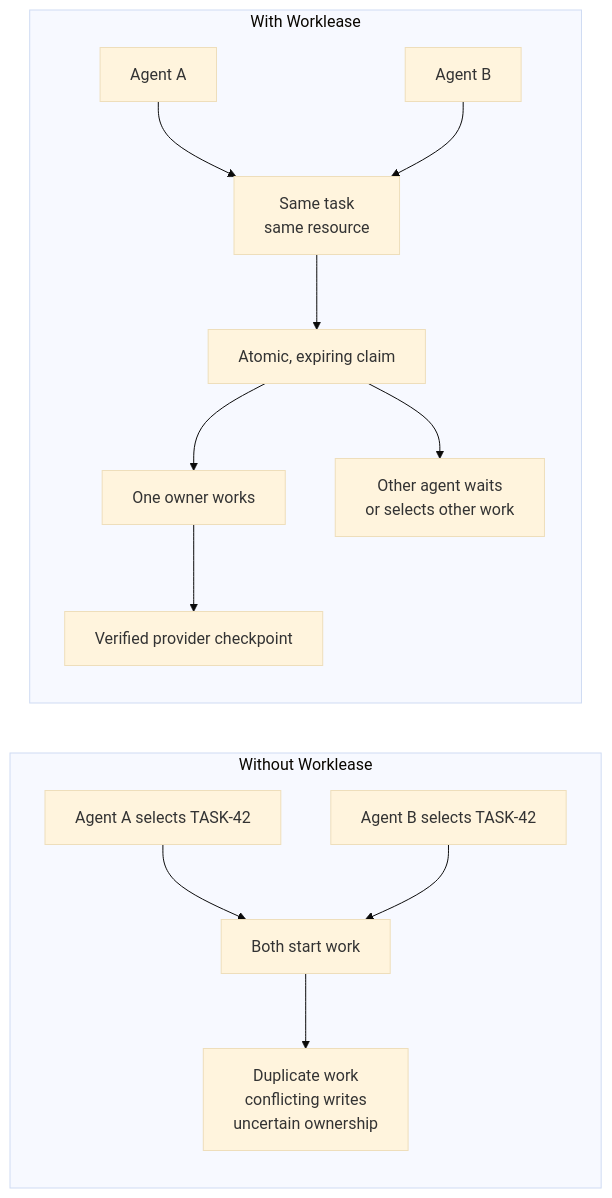
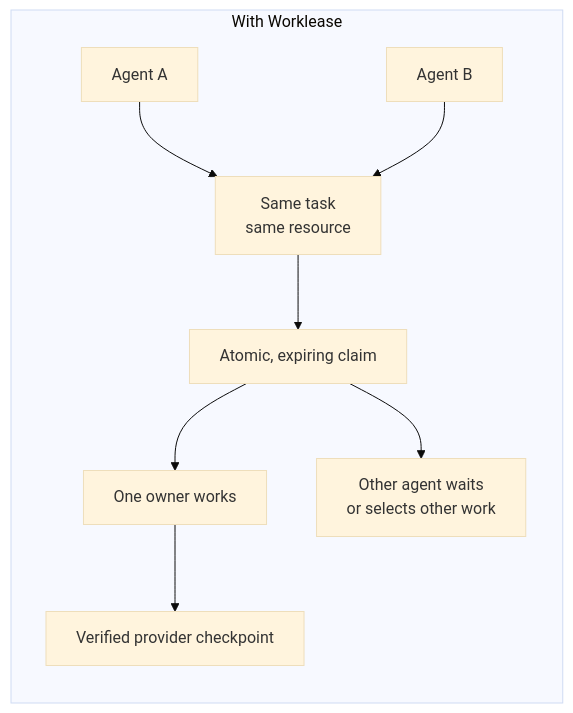
The second of 2 diagrams in README.md (brettinternet/worklease), drawn with Mermaid (base theme) before and after one commit.

Commit message:
Improve README description

````diff
--- a/README.md
+++ b/README.md
@@ -7,17 +18,11 @@
 ```mermaid
 flowchart LR
-    subgraph Without["Without Worklease"]
-        A1["Agent A selects TASK-42"] --> D1["Both start work"]
-        B1["Agent B selects TASK-42"] --> D1
-        D1 --> C1["Duplicate work<br/>conflicting writes<br/>uncertain ownership"]
-    end
-
     subgraph With["With Worklease"]
         A2["Agent A"] --> R["Same task<br/>same resource"]
         B2["Agent B"] --> R
         R --> Q["Atomic, expiring claim"]
         Q --> W["One owner works"]
         Q --> N["Other agent waits<br/>or selects other work"]
         W --> P["Verified provider checkpoint"]
     end
 ```
````
